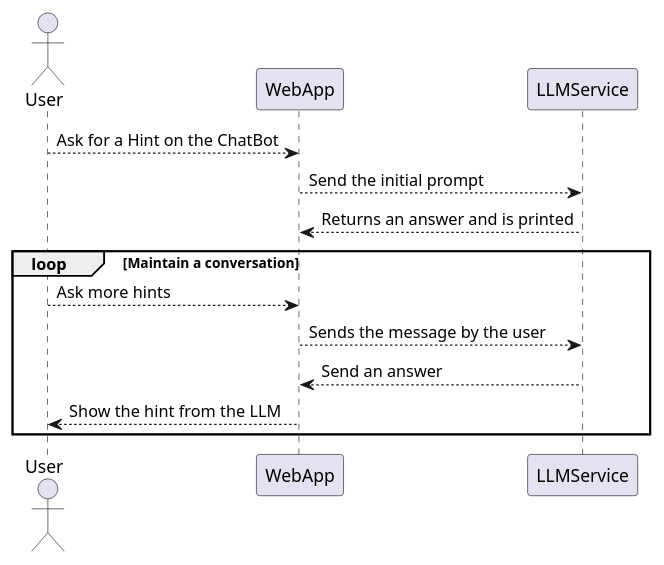
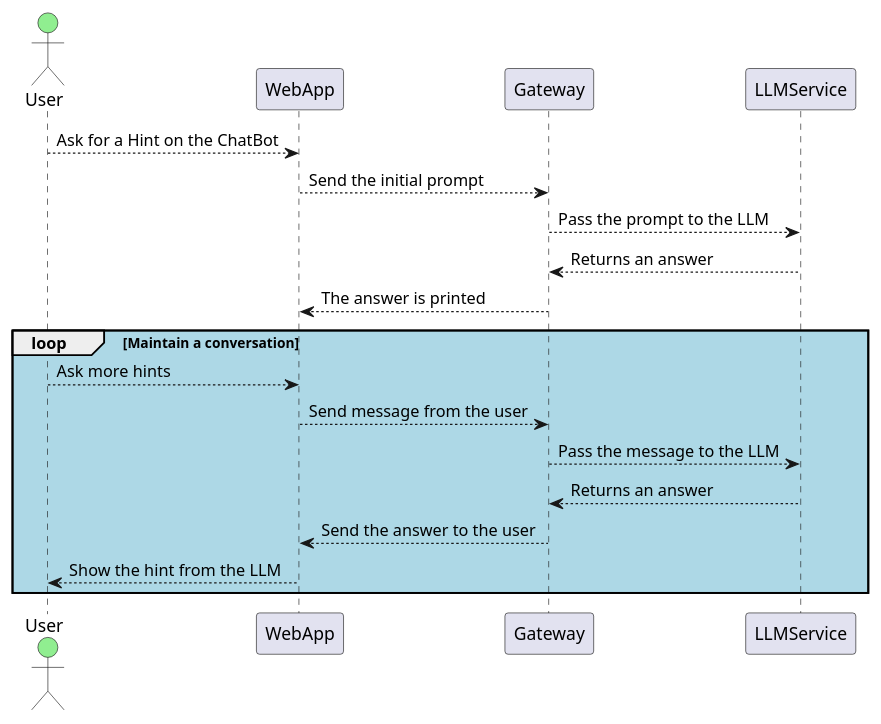
Before and after one commit to Arquisoft/wichat_en3b: the fourth of 5 diagrams in docs/src/06_runtime_view.adoc, drawn with PlantUML. The commit also changed other lines of this file, not shown here.

Commit message:
Diagram of part 6.4 (add gateway and colors)

```diff
--- a/docs/src/06_runtime_view.adoc
+++ b/docs/src/06_runtime_view.adoc
@@ -156,18 +156,22 @@
 [plantuml,"Hints",png]
 ----
-
-actor User
+actor User #lightgreen
 participant WebApp
+participant Gateway
 participant LLMService
 
 User --> WebApp: Ask for a Hint on the ChatBot
-WebApp --> LLMService: Send the initial prompt
-LLMService --> WebApp: Returns an answer and is printed
-loop Maintain a conversation
+WebApp --> Gateway: Send the initial prompt
+Gateway --> LLMService: Pass the prompt to the LLM
+LLMService --> Gateway: Returns an answer 
+Gateway --> WebApp: The answer is printed
+
+loop #lightblue Maintain a conversation
     User --> WebApp: Ask more hints
-    WebApp --> LLMService: Sends the message by the user
-    LLMService --> WebApp: Send an answer
+    WebApp --> Gateway: Send message from the user
+    Gateway --> LLMService: Pass the message to the LLM
+    LLMService --> Gateway: Returns an answer
+    Gateway --> WebApp: Send the answer to the user
     WebApp --> User: Show the hint from the LLM
 end
-
 ----
```
